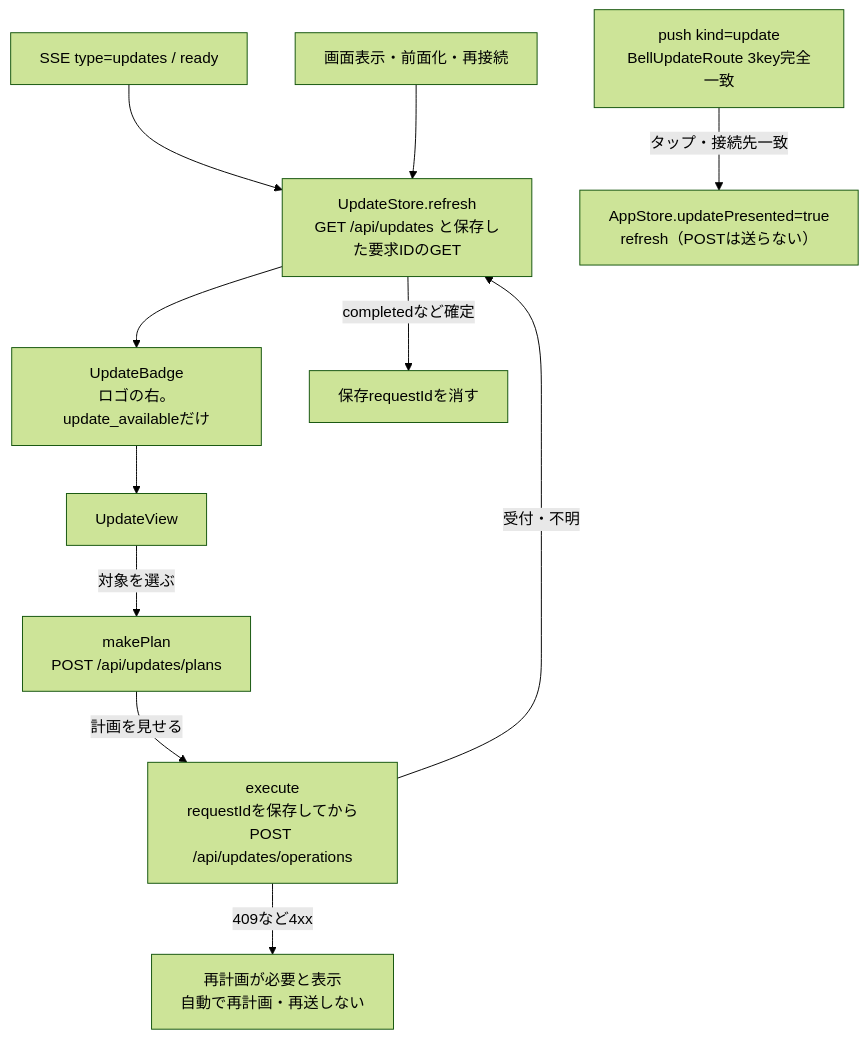
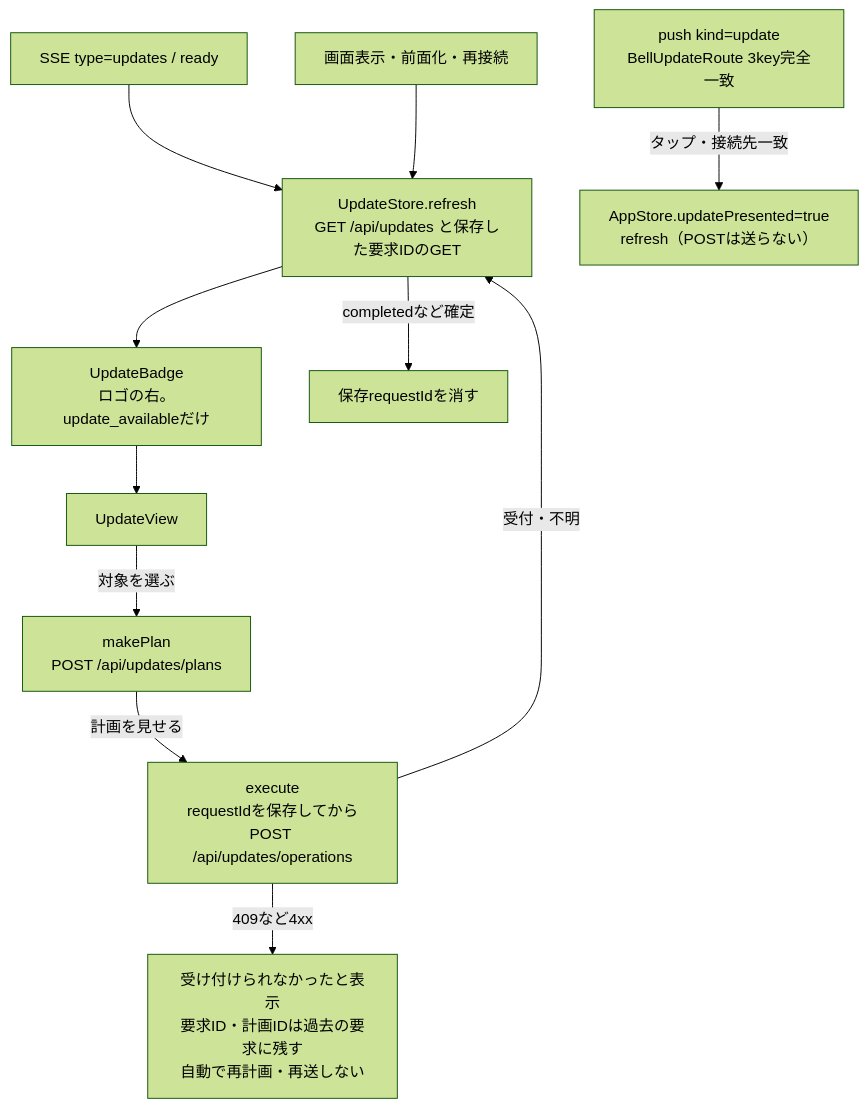
The diagram in docs/architecture/modules/apple/update.md (kitepon/BellTeam), drawn with Mermaid (forest theme) before and after one commit. The commit also changed other lines of this file and 4 other files, not shown here.

````diff
--- a/docs/architecture/modules/apple/update.md
+++ b/docs/architecture/modules/apple/update.md
@@ -7,13 +7,13 @@
 ```mermaid
 flowchart TD
   SSE["SSE type=updates / ready"] --> Refresh["UpdateStore.refresh<br/>GET /api/updates と保存した要求IDのGET"]
   Push["push kind=update<br/>BellUpdateRoute 3key完全一致"] -->|"タップ・接続先一致"| Open["AppStore.updatePresented=true<br/>refresh（POSTは送らない）"]
   Scene["画面表示・前面化・再接続"] --> Refresh
   Refresh --> Badge["UpdateBadge<br/>ロゴの右。update_availableだけ"]
   Badge --> View["UpdateView"]
   View -->|"対象を選ぶ"| Plan["makePlan<br/>POST /api/updates/plans"]
   Plan -->|"計画を見せる"| Exec["execute<br/>requestIdを保存してから<br/>POST /api/updates/operations"]
   Exec -->|"受付・不明"| Refresh
-  Exec -->|"409など4xx"| Replan["再計画が必要と表示<br/>自動で再計画・再送しない"]
+  Exec -->|"409など4xx"| Replan["受け付けられなかったと表示<br/>要求ID・計画IDは過去の要求に残す<br/>自動で再計画・再送しない"]
   Refresh -->|"completedなど確定"| Clear["保存requestIdを消す"]
 ```
````
